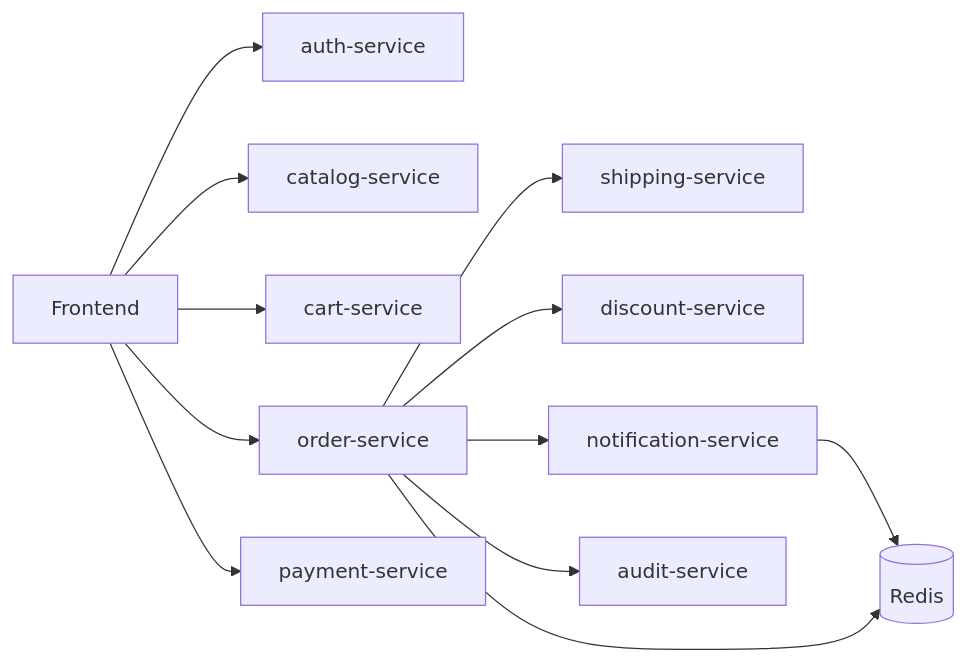
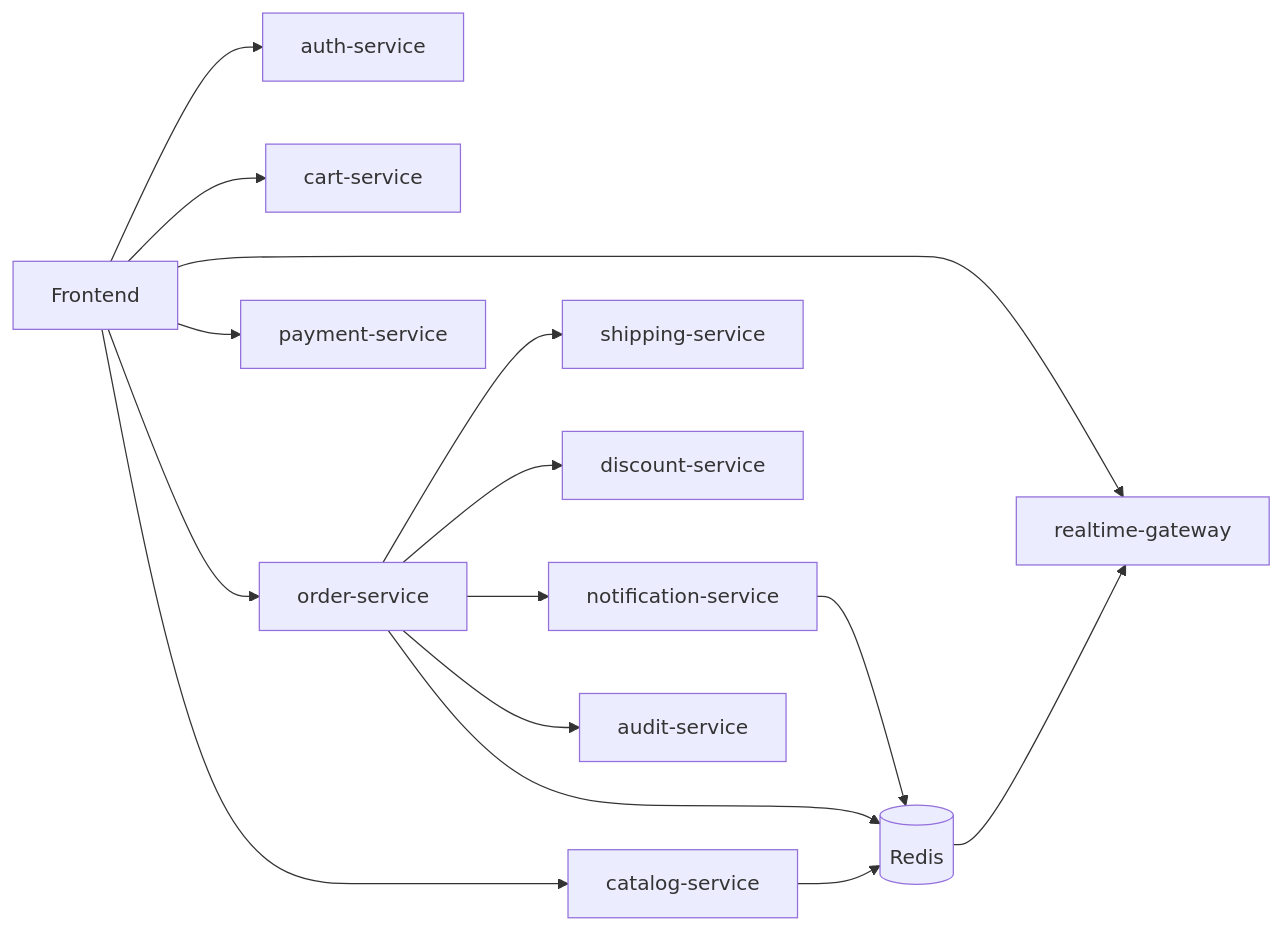
The diagram in docs/README.md (Braian551/Angelow_microservices), drawn with Mermaid before and after one commit. The commit also changed other lines of this file and 40 other files, not shown here.

````diff
--- a/docs/README.md
+++ b/docs/README.md
@@ -29,16 +34,19 @@
 ```mermaid
 flowchart LR
   FE[Frontend] --> AUTH[auth-service]
   FE --> CAT[catalog-service]
   FE --> CART[cart-service]
   FE --> ORD[order-service]
   FE --> PAY[payment-service]
 
   ORD --> SHIP[shipping-service]
   ORD --> DISC[discount-service]
   ORD --> NOTI[notification-service]
   ORD --> AUD[audit-service]
 
+  FE --> GW[realtime-gateway]
   NOTI --> REDIS[(Redis)]
   ORD --> REDIS
+  CAT --> REDIS
+  REDIS --> GW
 ```
````
